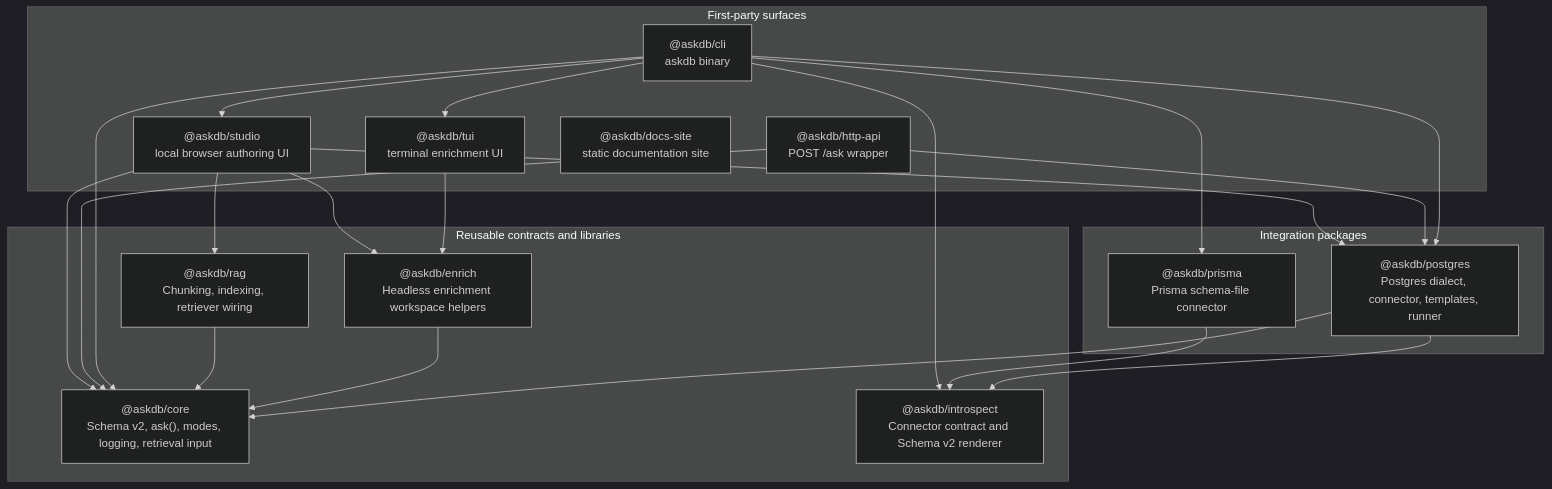
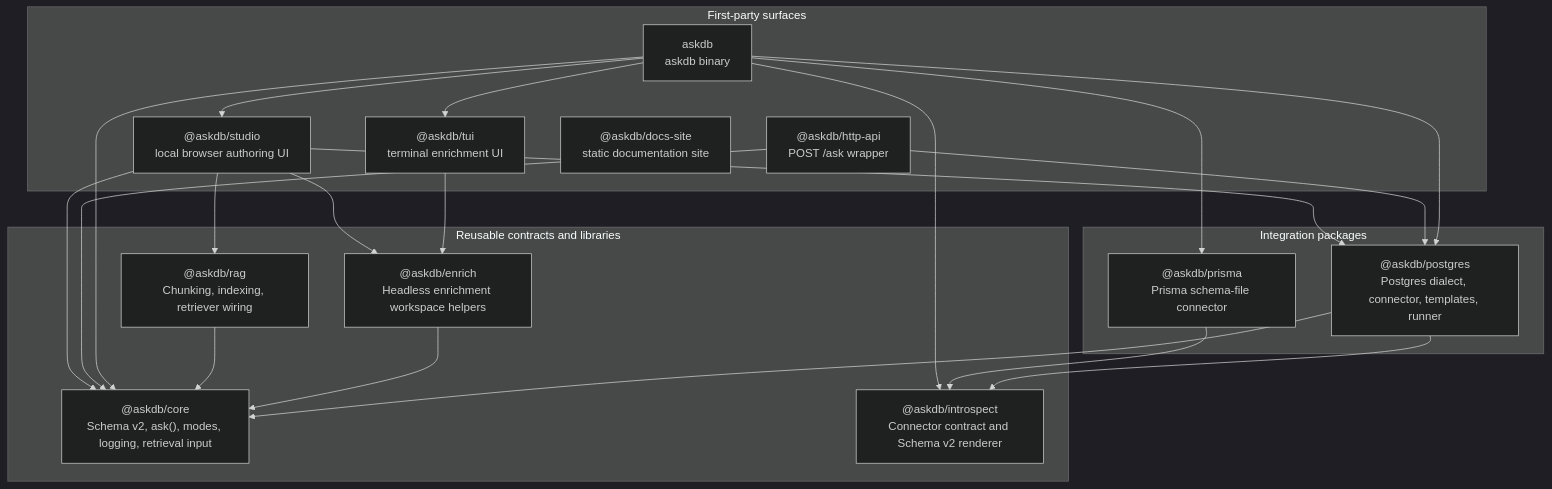
The second of 7 diagrams in docs/architecture.md (Ygilany/AskDB), drawn with Mermaid (dark theme) before and after one commit. The commit also changed other lines of this file and 25 other files, not shown here.

````diff
--- a/docs/architecture.md
+++ b/docs/architecture.md
@@ -38,41 +38,41 @@
 ```mermaid
 flowchart TB
   subgraph Contracts["Reusable contracts and libraries"]
     core["@askdb/core<br/>Schema v2, ask(), modes, logging, retrieval input"]
     introspect["@askdb/introspect<br/>Connector contract and Schema v2 renderer"]
     enrich["@askdb/enrich<br/>Headless enrichment workspace helpers"]
     rag["@askdb/rag<br/>Chunking, indexing, retriever wiring"]
   end
 
   subgraph Integrations["Integration packages"]
     postgres["@askdb/postgres<br/>Postgres dialect, connector, templates, runner"]
     prisma["@askdb/prisma<br/>Prisma schema-file connector"]
   end
 
   subgraph Surfaces["First-party surfaces"]
-    cli["@askdb/cli<br/>askdb binary"]
+    cli["askdb<br/>askdb binary"]
     http["@askdb/http-api<br/>POST /ask wrapper"]
     tui["@askdb/tui<br/>terminal enrichment UI"]
     studio["@askdb/studio<br/>local browser authoring UI"]
     docsSite["@askdb/docs-site<br/>static documentation site"]
   end
 
   postgres --> core
   postgres --> introspect
   prisma --> introspect
   enrich --> core
   rag --> core
   tui --> enrich
   cli --> core
   cli --> introspect
   cli --> postgres
   cli --> prisma
   cli --> tui
   cli --> studio
   http --> core
   http --> postgres
   studio --> core
   studio --> enrich
   studio --> postgres
   studio --> rag
 ```
````
